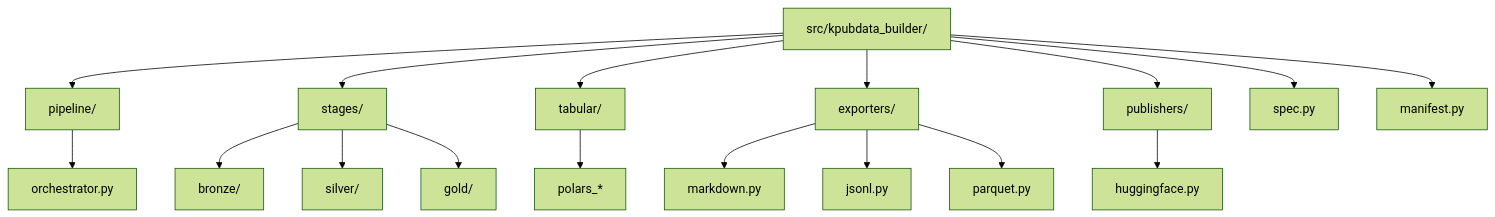
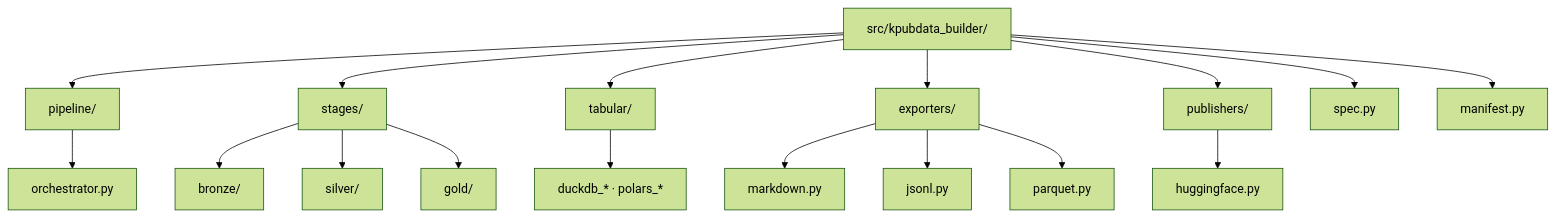
The second of 3 diagrams in AGENTS.md (kpubdata-lab/kpubdata-builder), drawn with Mermaid (forest theme) before and after one commit. The commit also changed other lines of this file and 14 other files, not shown here.

````diff
--- a/AGENTS.md
+++ b/AGENTS.md
@@ -262,21 +274,21 @@
 ```mermaid
 graph TD
     ROOT[src/kpubdata_builder/] --> PL[pipeline/]
     ROOT --> ST[stages/]
     ROOT --> TB[tabular/]
     ROOT --> E[exporters/]
     ROOT --> P[publishers/]
     ROOT --> S[spec.py]
     ROOT --> M[manifest.py]
 
     PL --> ORCH[orchestrator.py]
     ST --> BR[bronze/]
     ST --> SI[silver/]
     ST --> GO[gold/]
-    TB --> PO[polars_*]
+    TB --> PO[duckdb_* · polars_*]
     E --> ME[markdown.py]
     E --> JE[jsonl.py]
     E --> PE[parquet.py]
 
     P --> HP[huggingface.py]
 ```
````
